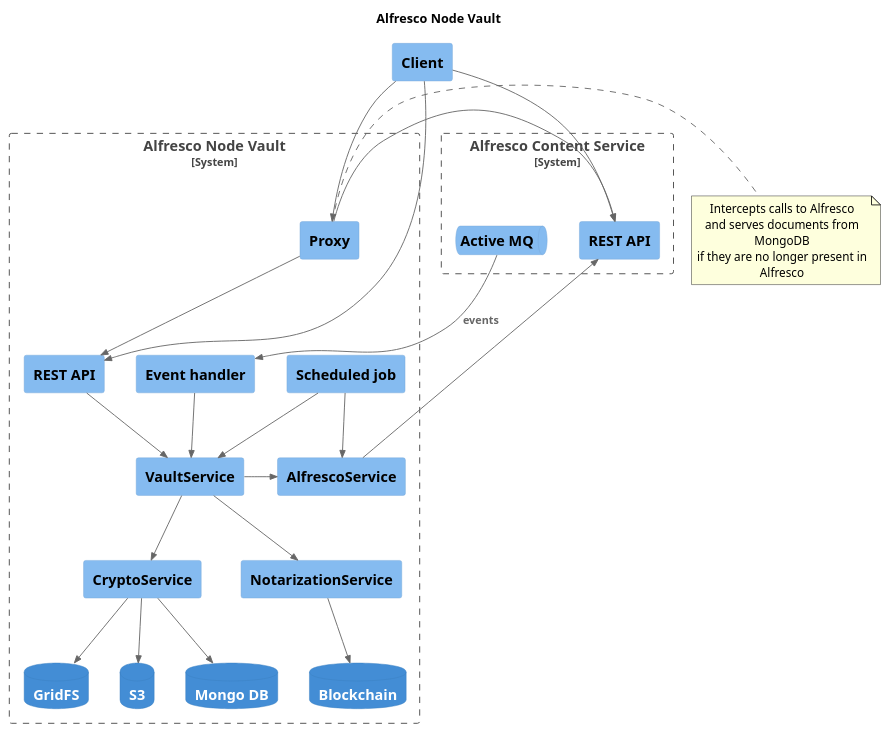
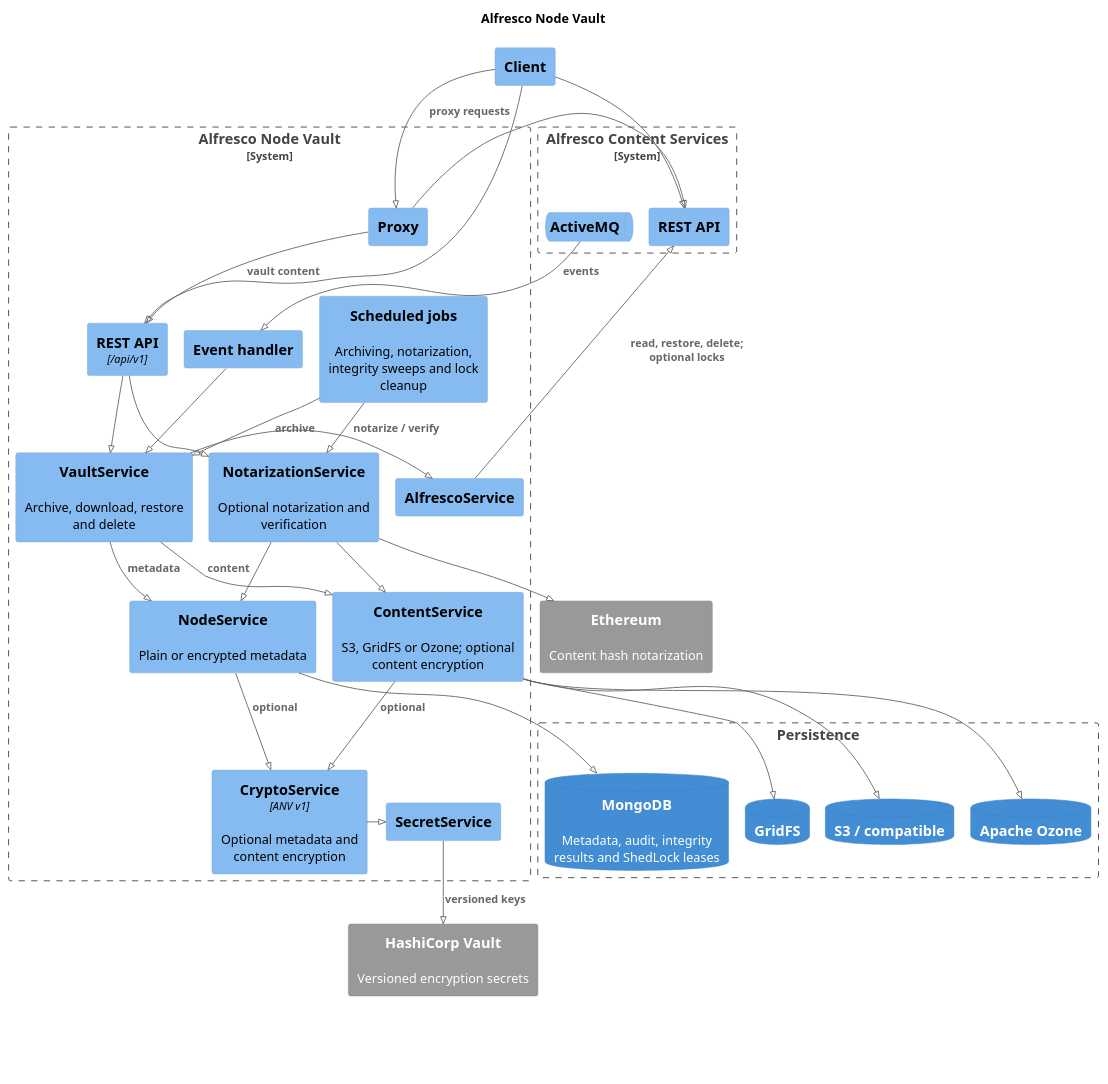
One commit to saidone75/alfresco-node-vault changed the diagram in architecture.puml. Above: the diagram before and after it, drawn with PlantUML. The commit also changed 1 other file, not shown here.

Commit message:
Update architecture diagram

```diff
--- a/architecture.puml
+++ b/architecture.puml
@@ -1,57 +1,72 @@
 @startuml
+!pragma layout smetana
 !include <C4/C4_Container>
 !include <C4/C4_Component>
 
 hide stereotype
 
 title Alfresco Node Vault
 
 System_Boundary(anv, "Alfresco Node Vault") {
   Component(anvProxy, "Proxy")
-  Component(anvApi, "REST API")
+  Component(anvApi, "REST API", "/api/v1")
   Component(anvHandler, "Event handler")
-  Component(anvJob, "Scheduled job")
-  Component(anvVault, "VaultService")
-  Component(anvCrypto, "CryptoService")
+  Component(anvJob, "Scheduled jobs", "", "Archiving, notarization, integrity sweeps and lock cleanup")
+  Component(anvVault, "VaultService", "", "Archive, download, restore and delete")
   Component(anvAlfresco, "AlfrescoService")
-  Component(anvNotarization, "NotarizationService")
-  ContainerDb(anvBlockchain, "Blockchain")
-  ContainerDb(anvMongo, "Mongo DB")
-  ContainerDb(anvGrid, "GridFS")
-  ContainerDb(anvS3, "S3")
+  Component(anvNode, "NodeService", "", "Plain or encrypted metadata")
+  Component(anvContent, "ContentService", "", "S3, GridFS or Ozone; optional content encryption")
+  Component(anvCrypto, "CryptoService", "ANV v1", "Optional metadata and content encryption")
+  Component(anvSecret, "SecretService")
+  Component(anvNotarization, "NotarizationService", "", "Optional notarization and verification")
 }
 
-note right of [anvProxy]
-Intercepts calls to Alfresco
-and serves documents from MongoDB
-if they are no longer present in Alfresco
-end note
-
-System_Boundary(acs, "Alfresco Content Service") {
-  ComponentQueue(acsQueue, "Active MQ")
+System_Boundary(acs, "Alfresco Content Services") {
+  ComponentQueue(acsQueue, "ActiveMQ")
   Component(acsApi, "REST API")
 }
 
-Rel_D(acsQueue, anvHandler, "events")
-Rel_D(anvProxy, anvApi, "")
-Rel_R(anvProxy, acsApi, "")
-Rel_D(anvApi, anvVault, "")
-Rel_D(anvHandler, anvVault, "")
-Rel_D(anvJob, anvVault, "")
-Rel_D(anvJob, anvAlfresco, "")
-Rel_D(anvVault, anvCrypto, "")
-Rel_D(anvVault, anvNotarization, "")
-Rel_D(anvNotarization, anvBlockchain, "")
-Rel_D(anvCrypto, anvMongo, "")
-Rel_D(anvCrypto, anvGrid, "")
-Rel_D(anvCrypto, anvS3, "")
-Rel_R(anvVault, anvAlfresco, "")
-Rel_R(anvAlfresco, acsApi, "")
-
+Boundary(storage, "Persistence") {
+  ContainerDb(anvMongo, "MongoDB", "", "Metadata, audit, integrity results and ShedLock leases")
+  ContainerDb(anvGrid, "GridFS")
+  ContainerDb(anvS3, "S3 / compatible")
+  ContainerDb(anvOzone, "Apache Ozone")
+}
+System_Ext(secrets, "HashiCorp Vault", "Versioned encryption secrets")
+System_Ext(blockchain, "Ethereum", "Content hash notarization")
 Component(client, "Client")
 
 Rel_D(client, anvProxy, "")
 Rel_D(client, anvApi, "")
-Rel_D(client, acsApi, "")
+Rel_R(client, acsApi, "")
+Rel_D(acsQueue, anvHandler, "events")
+Rel_D(anvProxy, anvApi, "vault content")
+Rel_R(anvProxy, acsApi, "proxy requests")
+Rel_D(anvApi, anvVault, "")
+Rel_D(anvHandler, anvVault, "")
+Rel_D(anvJob, anvVault, "archive")
+Rel_R(anvVault, anvAlfresco, "")
+Rel_R(anvAlfresco, acsApi, "read, restore, delete; optional locks")
+Rel_D(anvVault, anvNode, "metadata")
+Rel_D(anvVault, anvContent, "content")
+Rel_D(anvApi, anvNotarization, "")
+Rel_D(anvJob, anvNotarization, "notarize / verify")
+Rel_D(anvNotarization, blockchain, "")
+Rel_D(anvNotarization, anvNode, "")
+Rel_D(anvNotarization, anvContent, "")
+Rel_D(anvNode, anvMongo, "")
+Rel_D(anvContent, anvGrid, "")
+Rel_D(anvContent, anvS3, "")
+Rel_D(anvContent, anvOzone, "")
+Rel_D(anvNode, anvCrypto, "optional")
+Rel_D(anvContent, anvCrypto, "optional")
+Rel_R(anvCrypto, anvSecret, "")
+Rel_D(anvSecret, secrets, "versioned keys")
 
+legend bottom left
+  Content storage: select one of S3, GridFS or Ozone.
+  Node operations and background jobs coordinate through MongoDB-backed ShedLock leases.
+  Key rotation and integrity sweeps are available through REST APIs and maintenance services.
+  Operation and integrity metrics are exported to Prometheus / Grafana.
+endlegend
 @enduml
```
